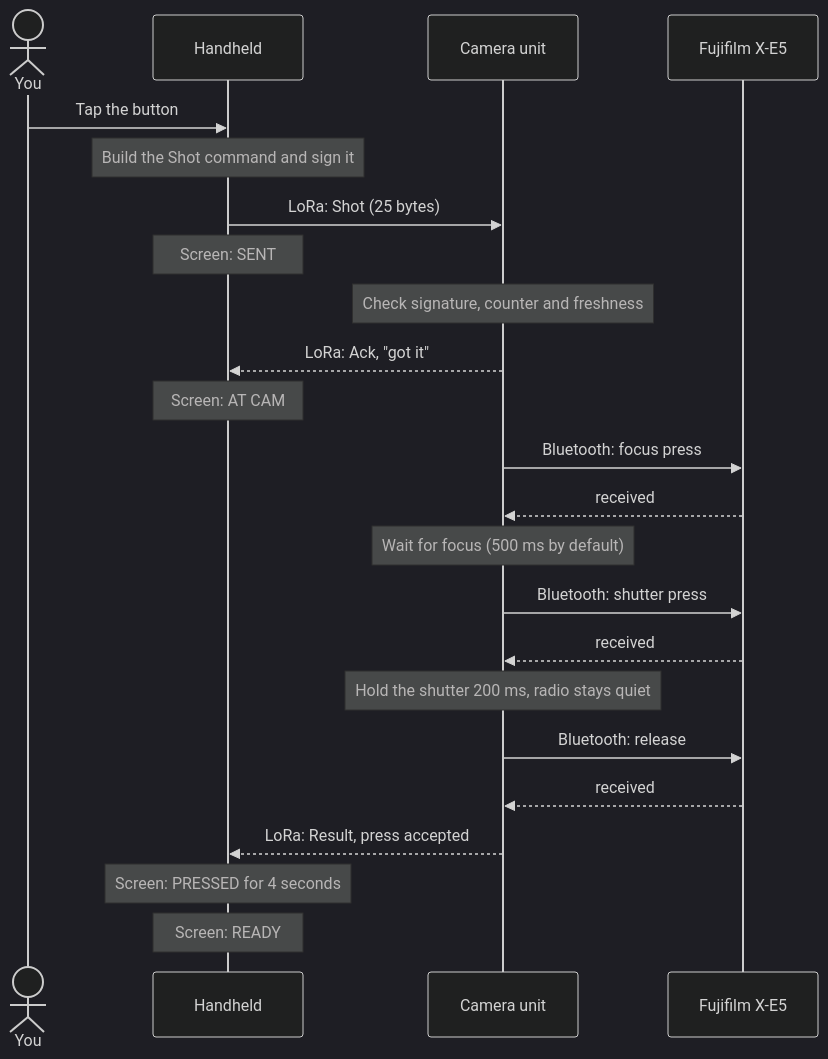
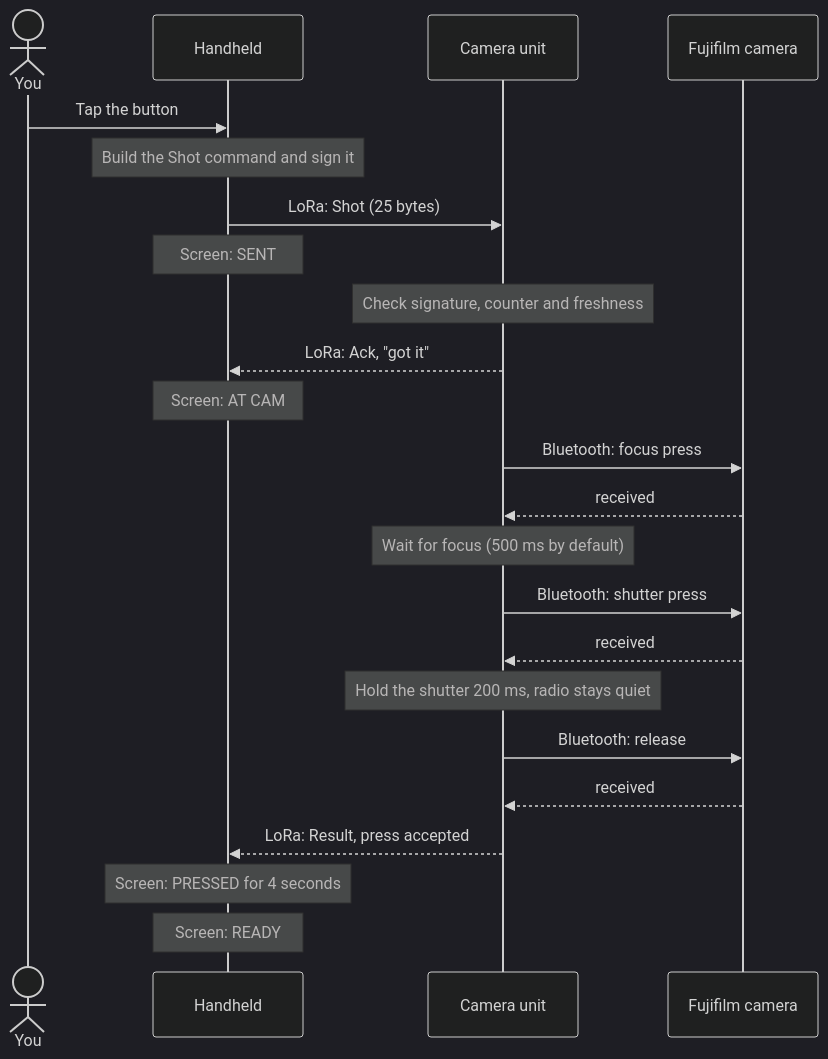
Before and after one commit to iinde/slr-remote: the diagram in docs/data-flow.md, drawn with Mermaid (dark theme). The commit also changed 18 other files, not shown here.

First line of the commit message:
For Fujifilm cameras: reword docs, banners and diagrams

````diff
--- a/docs/data-flow.md
+++ b/docs/data-flow.md
@@ -99,26 +99,26 @@
 ```mermaid
 sequenceDiagram
     actor You
     participant H as Handheld
     participant C as Camera unit
-    participant X as Fujifilm X-E5
+    participant X as Fujifilm camera
 
     You->>H: Tap the button
     Note over H: Build the Shot command and sign it
     H->>C: LoRa: Shot (25 bytes)
     Note over H: Screen: SENT
     Note over C: Check signature, counter and freshness
     C-->>H: LoRa: Ack, "got it"
     Note over H: Screen: AT CAM
     C->>X: Bluetooth: focus press
     X-->>C: received
     Note over C: Wait for focus (500 ms by default)
     C->>X: Bluetooth: shutter press
     X-->>C: received
     Note over C: Hold the shutter 200 ms, radio stays quiet
     C->>X: Bluetooth: release
     X-->>C: received
     C-->>H: LoRa: Result, press accepted
     Note over H: Screen: PRESSED for 4 seconds
     Note over H: Screen: READY
 ```
````
